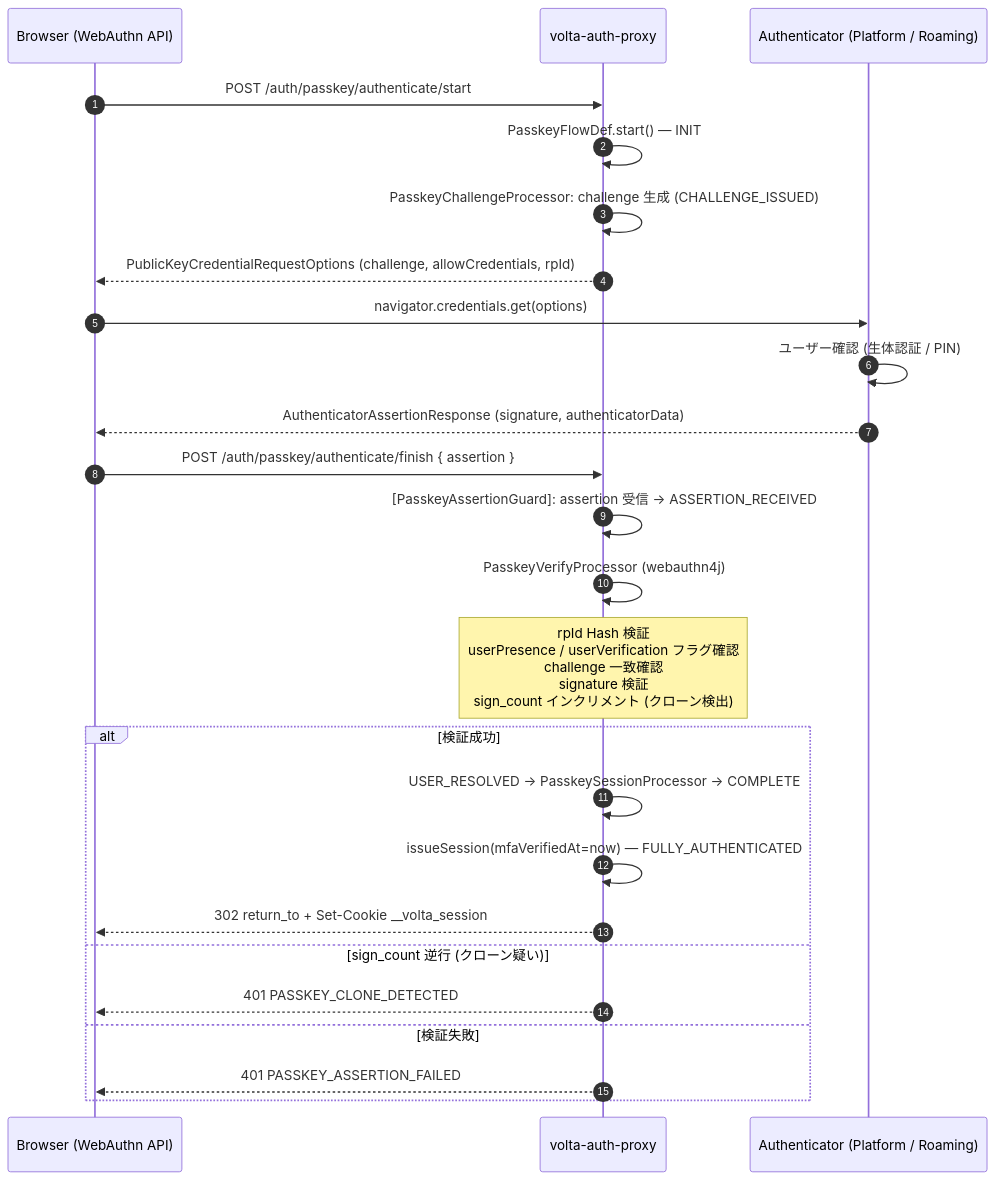
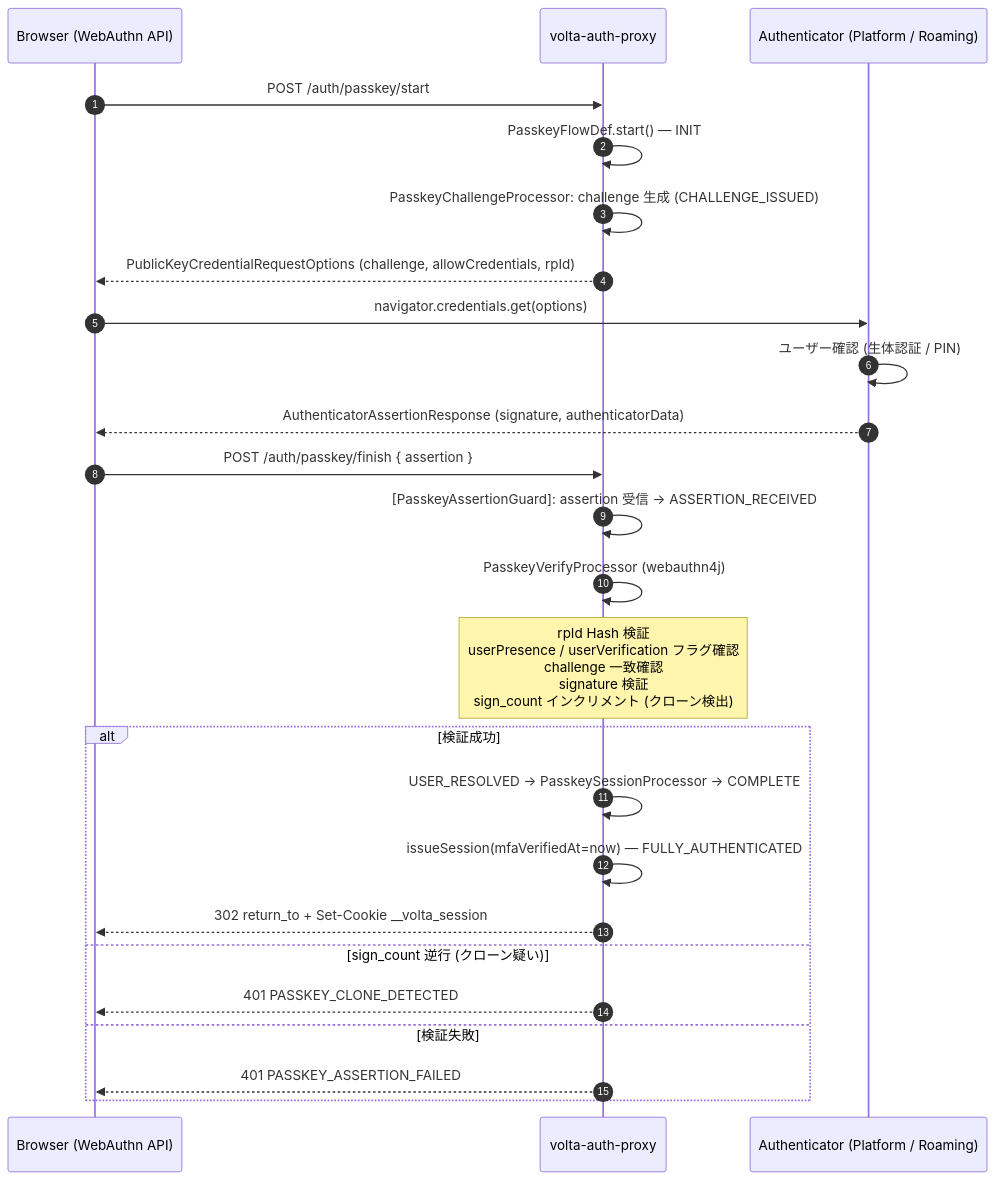
Before and after one commit to opaopa6969/volta-auth-proxy: the seventh of 21 diagrams in spec/SPEC.md, drawn with Mermaid. The commit also changed 6 other files, not shown here.

````diff
--- a/spec/SPEC.md
+++ b/spec/SPEC.md
@@ -397,28 +397,28 @@
 ```mermaid
 sequenceDiagram
     autonumber
     participant B as Browser (WebAuthn API)
     participant V as volta-auth-proxy
     participant A as Authenticator (Platform / Roaming)
 
-    B->>V: POST /auth/passkey/authenticate/start
+    B->>V: POST /auth/passkey/start
     V->>V: PasskeyFlowDef.start() — INIT
     V->>V: PasskeyChallengeProcessor: challenge 生成 (CHALLENGE_ISSUED)
     V-->>B: PublicKeyCredentialRequestOptions (challenge, allowCredentials, rpId)
     B->>A: navigator.credentials.get(options)
     A->>A: ユーザー確認 (生体認証 / PIN)
     A-->>B: AuthenticatorAssertionResponse (signature, authenticatorData)
-    B->>V: POST /auth/passkey/authenticate/finish { assertion }
+    B->>V: POST /auth/passkey/finish { assertion }
     V->>V: [PasskeyAssertionGuard]: assertion 受信 → ASSERTION_RECEIVED
     V->>V: PasskeyVerifyProcessor (webauthn4j)
     Note over V: rpId Hash 検証<br/>userPresence / userVerification フラグ確認<br/>challenge 一致確認<br/>signature 検証<br/>sign_count インクリメント (クローン検出)
     alt 検証成功
       V->>V: USER_RESOLVED → PasskeySessionProcessor → COMPLETE
       V->>V: issueSession(mfaVerifiedAt=now) — FULLY_AUTHENTICATED
       V-->>B: 302 return_to + Set-Cookie __volta_session
     else sign_count 逆行 (クローン疑い)
       V-->>B: 401 PASSKEY_CLONE_DETECTED
     else 検証失敗
       V-->>B: 401 PASSKEY_ASSERTION_FAILED
     end
 ```
````
